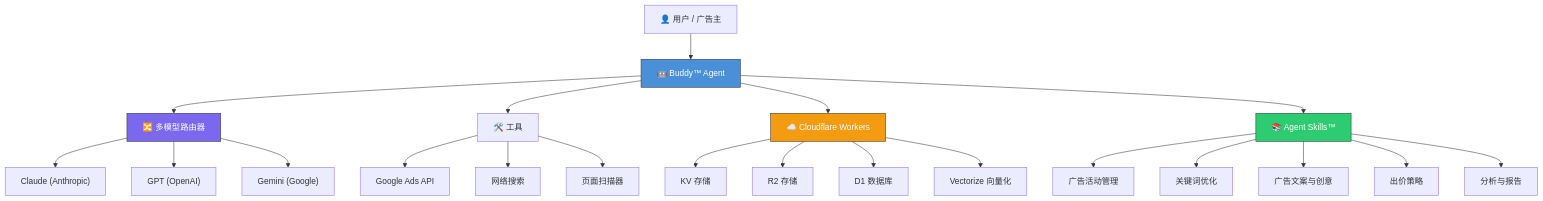
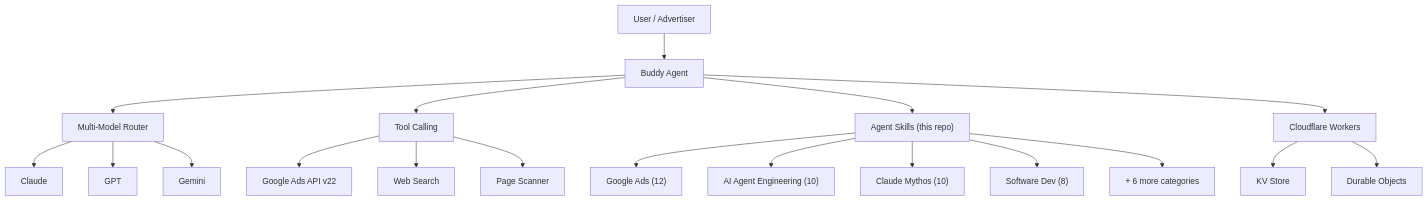
One commit to itallstartedwithaidea/agent-skills changed the diagram in README.zh.md. Above: the diagram before and after it, drawn with Mermaid. The commit also changed other lines of this file and 87 other files, not shown here.

````diff
--- a/README.zh.md
+++ b/README.zh.md
@@ -23,32 +144,25 @@
 ```mermaid
 graph TB
-    User["👤 用户 / 广告主"] --> Buddy["🤖 Buddy™ Agent"]
+    User["User / Advertiser"] --> Buddy["Buddy Agent"]
 
-    Buddy --> Router["🔀 多模型路由器"]
-    Router --> Claude["Claude (Anthropic)"]
-    Router --> GPT["GPT (OpenAI)"]
-    Router --> Gemini["Gemini (Google)"]
+    Buddy --> Router["Multi-Model Router"]
+    Router --> Claude["Claude"]
+    Router --> GPT["GPT"]
+    Router --> Gemini["Gemini"]
 
-    Buddy --> Tools["🛠️ 工具"]
-    Tools --> GAds["Google Ads API"]
-    Tools --> WebSearch["网络搜索"]
-    Tools --> PageScanner["页面扫描器"]
+    Buddy --> Tools["Tool Calling"]
+    Tools --> GAds["Google Ads API v22"]
+    Tools --> WebSearch["Web Search"]
+    Tools --> PageScanner["Page Scanner"]
 
-    Buddy --> CF["☁️ Cloudflare Workers"]
-    CF --> KV["KV 存储"]
-    CF --> R2["R2 存储"]
-    CF --> D1["D1 数据库"]
-    CF --> Vectorize["Vectorize 向量化"]
+    Buddy --> Skills["Agent Skills (this repo)"]
+    Skills --> GoogleAds["Google Ads (12)"]
+    Skills --> AgentEng["AI Agent Engineering (10)"]
+    Skills --> ClaudeMythos["Claude Mythos (10)"]
+    Skills --> SoftwareDev["Software Dev (8)"]
+    Skills --> OtherCats["+ 6 more categories"]
 
-    Buddy --> Skills["📚 Agent Skills™"]
-    Skills --> Cat1["广告活动管理"]
-    Skills --> Cat2["关键词优化"]
-    Skills --> Cat3["广告文案与创意"]
-    Skills --> Cat4["出价策略"]
-    Skills --> Cat5["分析与报告"]
-
-    style Buddy fill:#4A90D9,stroke:#333,color:#fff
-    style Router fill:#7B68EE,stroke:#333,color:#fff
-    style Skills fill:#2ECC71,stroke:#333,color:#fff
-    style CF fill:#F39C12,stroke:#333,color:#fff
+    Buddy --> CF["Cloudflare Workers"]
+    CF --> KV["KV Store"]
+    CF --> DO["Durable Objects"]
 ```
````
